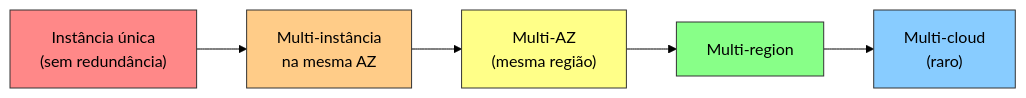
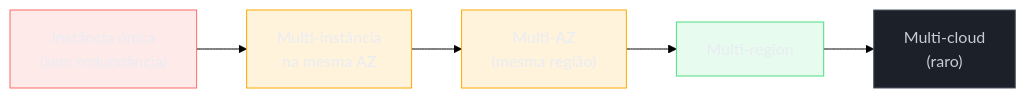
The second of 3 diagrams in 03-Dominios/Tecnologia/Cloud/20 - Resiliência e continuidade/01 - Por que resiliência.md (josenaldo/codex-technomanticus), drawn with Mermaid (forest theme) before and after one commit. The commit also changed 1181 other files, not shown here.

First line of the commit message:
fix(diagramas): paleta do sistema no lugar de cor cravada no markdown

````diff
--- a/03-Dominios/Tecnologia/Cloud/20 - Resiliência e continuidade/01 - Por que resiliência.md
+++ b/03-Dominios/Tecnologia/Cloud/20 - Resiliência e continuidade/01 - Por que resiliência.md
@@ -66,13 +66,17 @@
 ```mermaid
 flowchart LR
+    classDef falha fill:#FF6B6B24,stroke:#FF6B6B,color:#E9ECF2
+    classDef destaque fill:#FFAA0024,stroke:#FFAA00,color:#E9ECF2
+    classDef ok fill:#4ADE8021,stroke:#4ADE80,color:#E9ECF2
+    classDef neutro fill:#1B2029,stroke:#4E5666,color:#C6CCD8
     N1["Instância única<br/>(sem redundância)"] --> N2["Multi-instância<br/>na mesma AZ"]
     N2 --> N3["Multi-AZ<br/>(mesma região)"]
     N3 --> N4["Multi-region"]
     N4 --> N5["Multi-cloud<br/>(raro)"]
 
-    style N1 fill:#f88,stroke:#333
-    style N2 fill:#fc8,stroke:#333
-    style N3 fill:#ff8,stroke:#333
-    style N4 fill:#8f8,stroke:#333
-    style N5 fill:#8cf,stroke:#333
+    class N1 falha
+    class N2 destaque
+    class N3 destaque
+    class N4 ok
+    class N5 neutro
 ```
````
